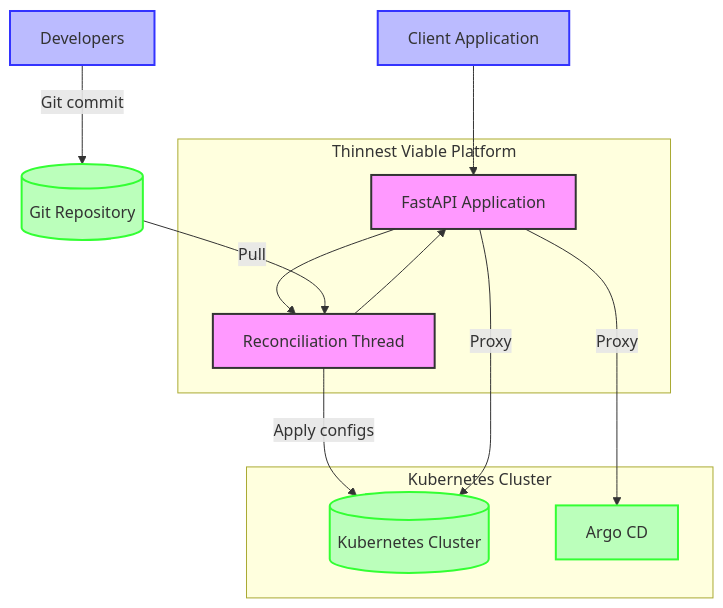
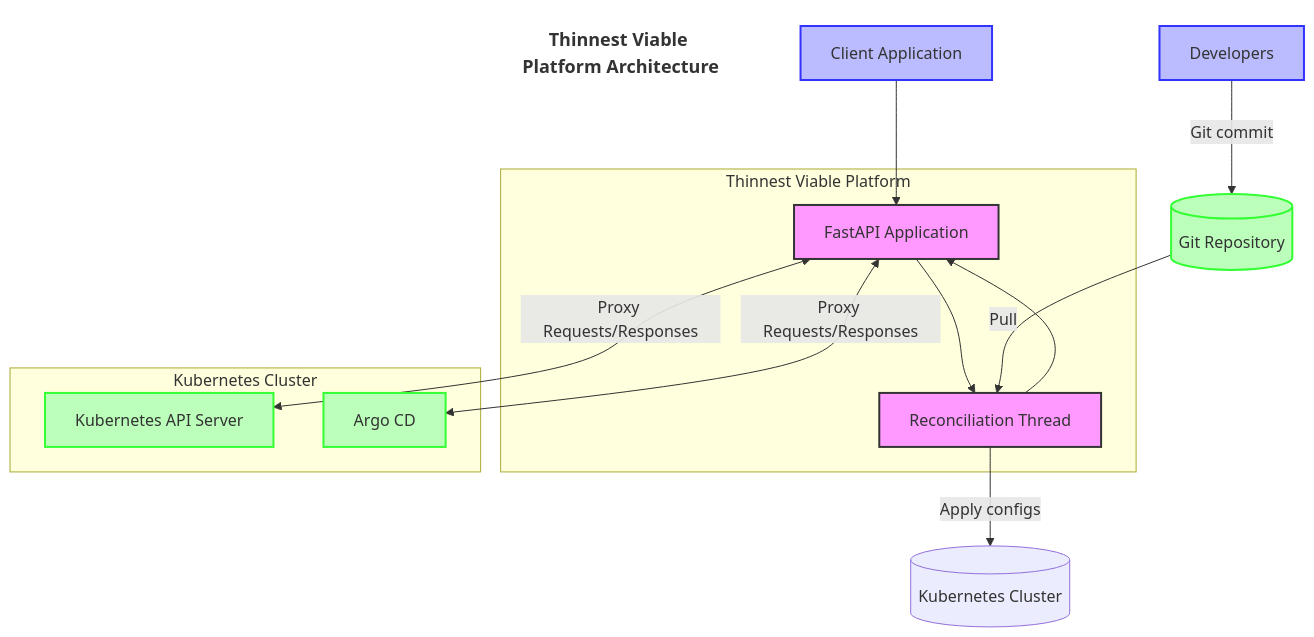
Before and after one commit to lloydchang/tvp-k8s: the diagram in copilot/fastapi/mermaid/tvp-architecture-diagram.mermaid, drawn with Mermaid. The commit also changed 1 other file, not shown here.

```diff
--- a/copilot/fastapi/mermaid/tvp-architecture-diagram.mermaid
+++ b/copilot/fastapi/mermaid/tvp-architecture-diagram.mermaid
@@ -1,29 +1,31 @@
 flowchart TB
+    title[Thinnest Viable Platform Architecture]
+    style title fill:none,stroke:none,font-size:18px,font-weight:bold
     subgraph "Thinnest Viable Platform"
         API[FastAPI Application]
         RT[Reconciliation Thread]
         
         API --> RT
         RT --> API
     end
     
     Dev[Developers] -->|Git commit| GitRepo[(Git Repository)]
     GitRepo -->|Pull| RT
     RT -->|Apply configs| Kubernetes[(Kubernetes Cluster)]
     
     subgraph "Kubernetes Cluster"
-        Kubernetes
+        KubernetesAPI[Kubernetes API Server]
         ArgoCD[Argo CD]
     end
     
     Client[Client Application] --> API
-    API -->|Proxy| Kubernetes
-    API -->|Proxy| ArgoCD
+    API <-->|Proxy Requests/Responses| KubernetesAPI
+    API <-->|Proxy Requests/Responses| ArgoCD
     
     classDef platform fill:#f9f,stroke:#333,stroke-width:2px
     classDef external fill:#bfb,stroke:#3f3,stroke-width:2px
     classDef user fill:#bbf,stroke:#33f,stroke-width:2px
     
     class API,RT platform
-    class Kubernetes,ArgoCD,GitRepo external
+    class KubernetesAPI,ArgoCD,GitRepo external
     class Dev,Client user
```
